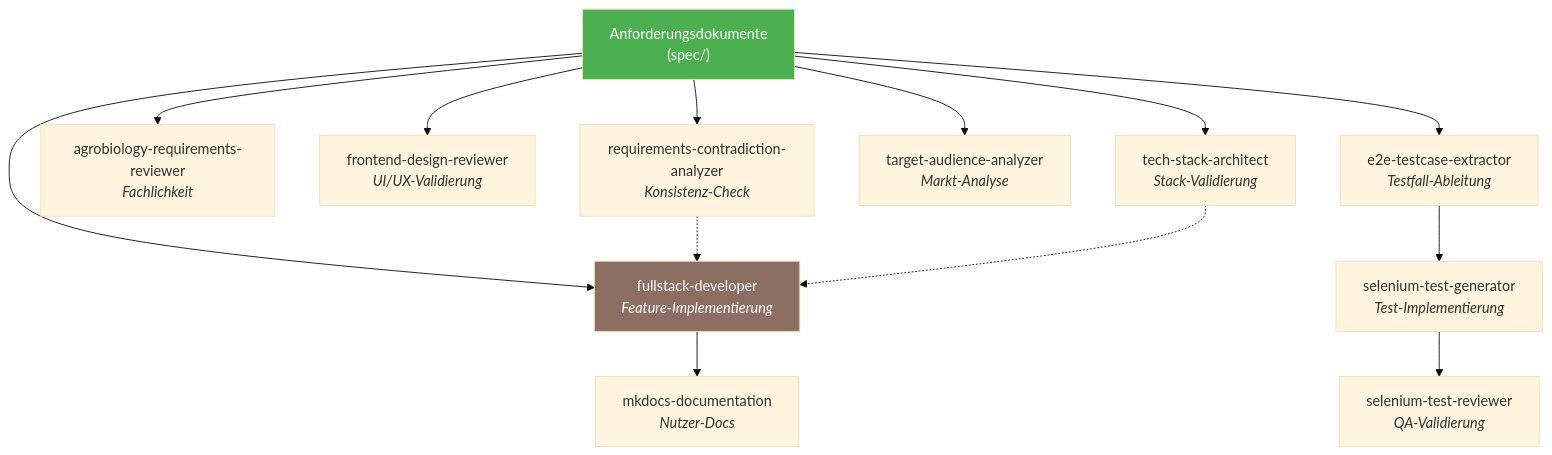
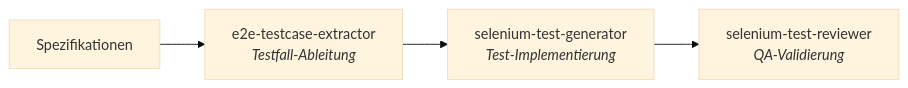
One commit to nolte/kamerplanter changed the fifth of 6 diagrams in docs/agent-catalog.md. Above: the diagram before and after it, drawn with Mermaid (base theme). The commit also changed other lines of this file and 280 other files, not shown here.

First line of the commit message:
Feature: Onboarding Wizard improvements, tenant-scoped routing, spec fixes (#1)

````diff
--- a/docs/agent-catalog.md
+++ b/docs/agent-catalog.md
@@ -402,23 +832,7 @@
 ```mermaid
-graph TD
-    SPEC["Anforderungsdokumente<br/>(spec/)"]
-
-    SPEC --> RCA["requirements-contradiction-analyzer<br/><i>Konsistenz-Check</i>"]
-    SPEC --> ARR["agrobiology-requirements-reviewer<br/><i>Fachlichkeit</i>"]
-    SPEC --> FDR["frontend-design-reviewer<br/><i>UI/UX-Validierung</i>"]
-    SPEC --> TSA["tech-stack-architect<br/><i>Stack-Validierung</i>"]
-    SPEC --> TAA["target-audience-analyzer<br/><i>Markt-Analyse</i>"]
-
+graph LR
+    SPEC["Spezifikationen"]
     SPEC --> TCE["e2e-testcase-extractor<br/><i>Testfall-Ableitung</i>"]
     TCE --> STG["selenium-test-generator<br/><i>Test-Implementierung</i>"]
     STG --> STR["selenium-test-reviewer<br/><i>QA-Validierung</i>"]
-
-    SPEC --> FSD["fullstack-developer<br/><i>Feature-Implementierung</i>"]
-    RCA -.-> FSD
-    TSA -.-> FSD
-
-    FSD --> MKD["mkdocs-documentation<br/><i>Nutzer-Docs</i>"]
-
-    style SPEC fill:#4CAF50,color:#fff
-    style FSD fill:#8D6E63,color:#fff
 ```
````
